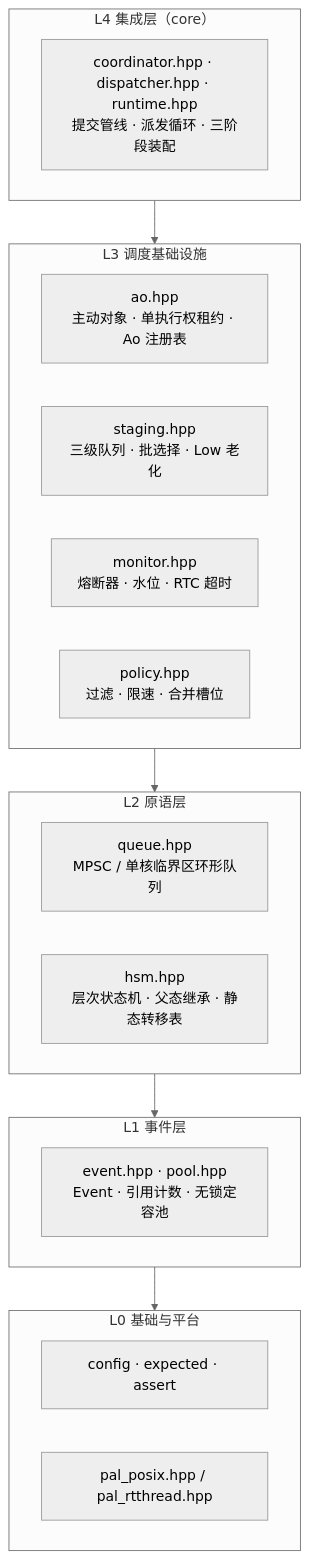
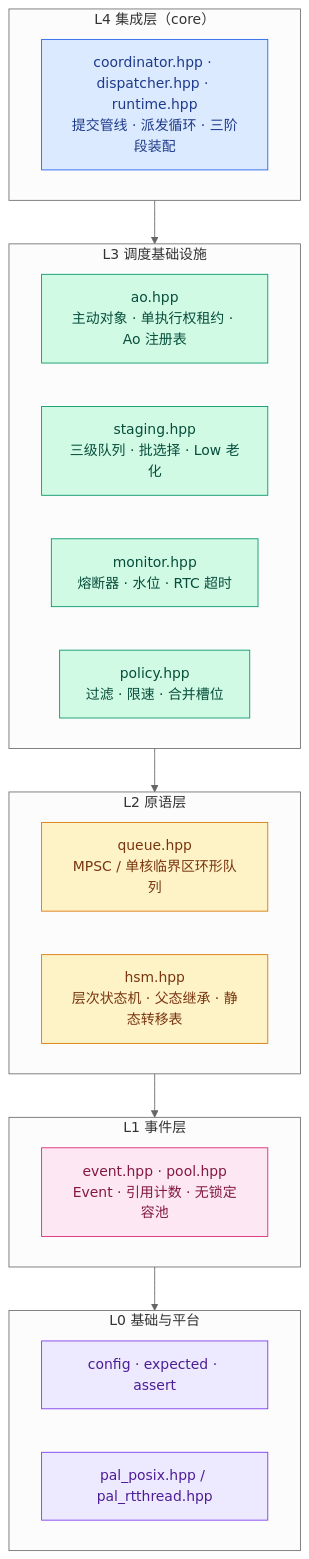
One commit to DeguiLiu/coact changed the second of 3 diagrams in docs/blogs/08-policy-engine-event-coalescing.md. Above: the diagram before and after it, drawn with Mermaid (neutral theme). The commit also changed other lines of this file and 5 other files, not shown here.

````diff
--- a/docs/blogs/08-policy-engine-event-coalescing.md
+++ b/docs/blogs/08-policy-engine-event-coalescing.md
@@ -137,32 +145,37 @@
 ```mermaid
 flowchart TD
     subgraph L4["L4 集成层（core）"]
-        core["coordinator.hpp · dispatcher.hpp · runtime.hpp<br/>提交管线 · 派发循环 · 三阶段装配"]
+        core["coordinator.hpp · dispatcher.hpp · runtime.hpp<br/>提交管线 · 派发循环 · 三阶段装配"]:::l4
     end
 
     subgraph L3["L3 调度基础设施"]
-        ao["ao.hpp<br/>主动对象 · 单执行权租约 · Ao 注册表"]
-        staging["staging.hpp<br/>三级队列 · 批选择 · Low 老化"]
-        monitor["monitor.hpp<br/>熔断器 · 水位 · RTC 超时"]
-        policy["policy.hpp<br/>过滤 · 限速 · 合并槽位"]
+        ao["ao.hpp<br/>主动对象 · 单执行权租约 · Ao 注册表"]:::l3
+        staging["staging.hpp<br/>三级队列 · 批选择 · Low 老化"]:::l3
+        monitor["monitor.hpp<br/>熔断器 · 水位 · RTC 超时"]:::l3
+        policy["policy.hpp<br/>过滤 · 限速 · 合并槽位"]:::l3
     end
 
     subgraph L2["L2 原语层"]
-        queue["queue.hpp<br/>MPSC / 单核临界区环形队列"]
-        hsm["hsm.hpp<br/>层次状态机 · 父态继承 · 静态转移表"]
+        queue["queue.hpp<br/>MPSC / 单核临界区环形队列"]:::l2
+        hsm["hsm.hpp<br/>层次状态机 · 父态继承 · 静态转移表"]:::l2
     end
 
     subgraph L1["L1 事件层"]
-        event["event.hpp · pool.hpp<br/>Event · 引用计数 · 无锁定容池"]
+        event["event.hpp · pool.hpp<br/>Event · 引用计数 · 无锁定容池"]:::l1
     end
 
     subgraph L0["L0 基础与平台"]
-        base["config · expected · assert"]
-        pal["pal_posix.hpp / pal_rtthread.hpp"]
+        base["config · expected · assert"]:::l0
+        pal["pal_posix.hpp / pal_rtthread.hpp"]:::l0
     end
 
     L4 --> L3
     L3 --> L2
     L2 --> L1
     L1 --> L0
+    classDef l4 fill:#dbeafe,stroke:#2563eb,color:#1e3a8a
+    classDef l3 fill:#d1fae5,stroke:#059669,color:#064e3b
+    classDef l2 fill:#fef3c7,stroke:#d97706,color:#78350f
+    classDef l1 fill:#fce7f3,stroke:#db2777,color:#831843
+    classDef l0 fill:#ede9fe,stroke:#7c3aed,color:#4c1d95
 ```
````
